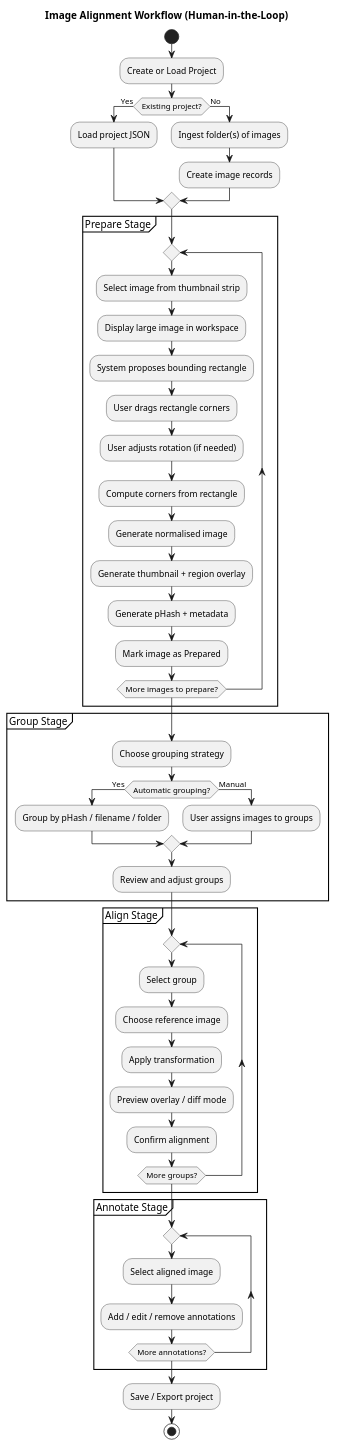
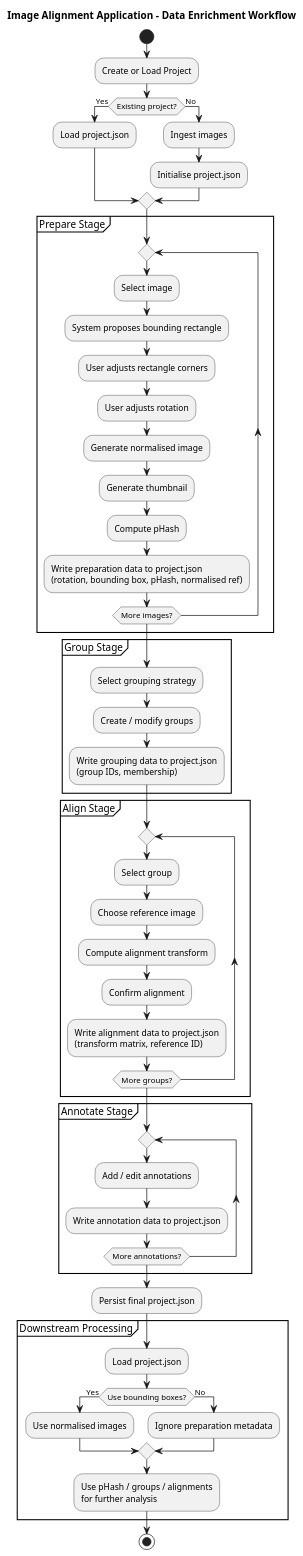
One commit to UoMLibrary/uom-open-imagealign changed the diagram in notes/flow.puml. Above: the diagram before and after it, drawn with PlantUML. The commit also changed other lines of this file and 1 other file, not shown here.

Commit message:
Updated flow diagram

```diff
--- a/notes/flow.puml
+++ b/notes/flow.puml
@@ -1,72 +1,80 @@
 @startuml
-title Image Alignment Workflow (Human-in-the-Loop)
+title Image Alignment Application – Data Enrichment Workflow
 
 start
 
 :Create or Load Project;
 
 if (Existing project?) then (Yes)
-  :Load project JSON;
+  :Load project.json;
 else (No)
-  :Ingest folder(s) of images;
-  :Create image records;
+  :Ingest images;
+  :Initialise project.json;
 endif
 
 partition "Prepare Stage" {
 
   repeat
-    :Select image from thumbnail strip;
-    :Display large image in workspace;
+    :Select image;
+    :System proposes bounding rectangle;
+    :User adjusts rectangle corners;
+    :User adjusts rotation;
 
-    :System proposes bounding rectangle;
-    :User drags rectangle corners;
-    :User adjusts rotation (if needed);
+    :Generate normalised image;
+    :Generate thumbnail;
+    :Compute pHash;
 
-    :Compute corners from rectangle;
-    :Generate normalised image;
-    :Generate thumbnail + region overlay;
-    :Generate pHash + metadata;
-
-    :Mark image as Prepared;
-  repeat while (More images to prepare?)
-
+    :Write preparation data to project.json
+    (rotation, bounding box, pHash, normalised ref);
+  repeat while (More images?)
 }
 
 partition "Group Stage" {
 
-  :Choose grouping strategy;
+  :Select grouping strategy;
 
-  if (Automatic grouping?) then (Yes)
-    :Group by pHash / filename / folder;
-  else (Manual)
-    :User assigns images to groups;
-  endif
+  :Create / modify groups;
 
-  :Review and adjust groups;
+  :Write grouping data to project.json
+  (group IDs, membership);
 }
 
 partition "Align Stage" {
 
   repeat
     :Select group;
     :Choose reference image;
-    :Apply transformation;
-    :Preview overlay / diff mode;
+    :Compute alignment transform;
     :Confirm alignment;
+
+    :Write alignment data to project.json
+    (transform matrix, reference ID);
   repeat while (More groups?)
-
 }
 
 partition "Annotate Stage" {
 
   repeat
-    :Select aligned image;
-    :Add / edit / remove annotations;
+    :Add / edit annotations;
+    :Write annotation data to project.json;
   repeat while (More annotations?)
-
 }
 
-:Save / Export project;
+:Persist final project.json;
+
+partition "Downstream Processing" {
+
+  :Load project.json;
+
+  if (Use bounding boxes?) then (Yes)
+    :Use normalised images;
+  else (No)
+    :Ignore preparation metadata;
+  endif
+
+  :Use pHash / groups / alignments
+  for further analysis;
+}
 
 stop
-@enduml
+@enduml@startuml
```
